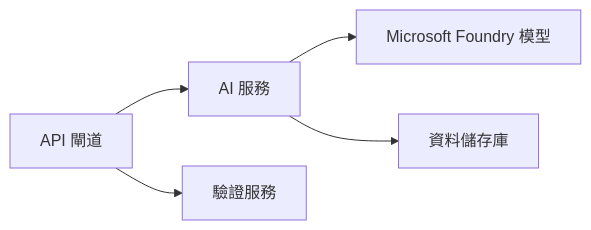
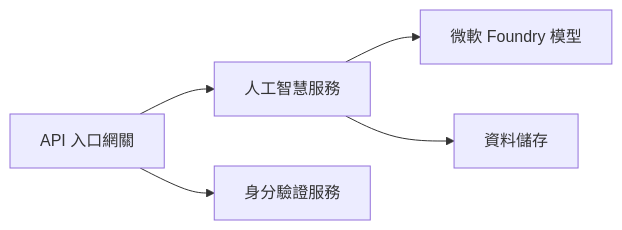
One commit to microsoft/AZD-for-beginners changed the first of 2 diagrams in translations/zh-TW/docs/chapter-08-production/README.md. Above: the diagram before and after it, drawn with Mermaid. The commit also changed other lines of this file and 101 other files, not shown here.

````diff
--- a/translations/zh-TW/docs/chapter-08-production/README.md
+++ b/translations/zh-TW/docs/chapter-08-production/README.md
@@ -46,6 +48,6 @@
 ```mermaid
 graph LR
-    Gateway[API 閘道] --> AI[AI 服務] --> Models[Microsoft Foundry 模型]
-    Gateway --> Auth[驗證服務]
-    AI --> Data[資料儲存庫]
+    Gateway[API 入口網關] --> AI[人工智慧服務] --> Models[微軟 Foundry 模型]
+    Gateway --> Auth[身分驗證服務]
+    AI --> Data[資料儲存]
 ```
````
